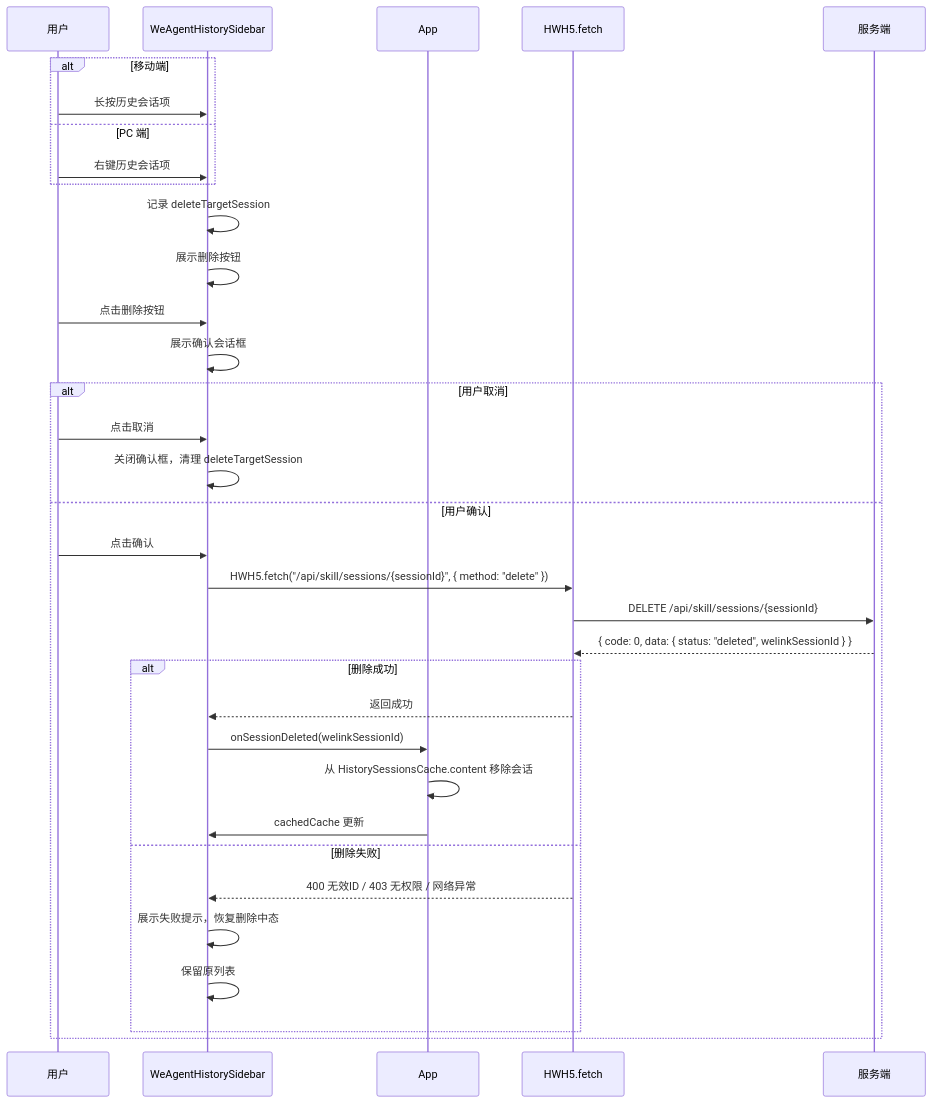
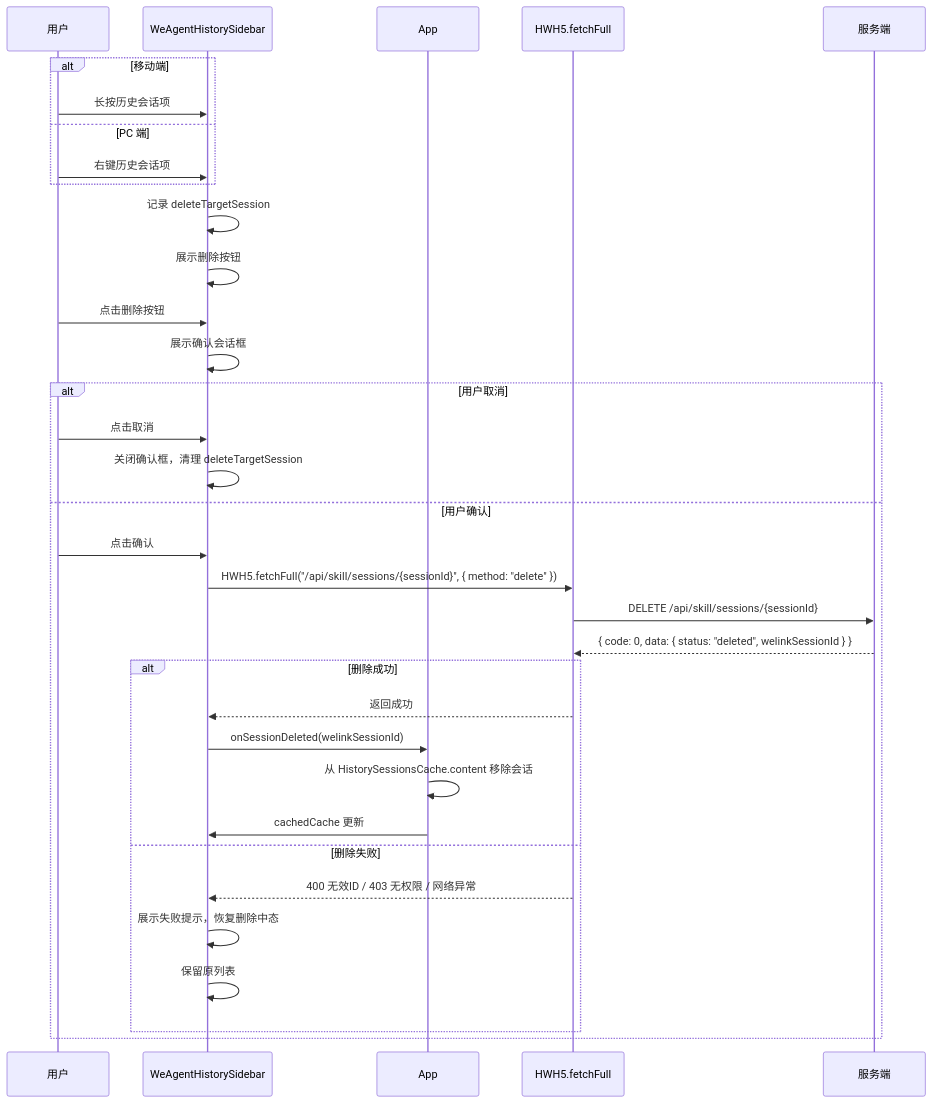
Before and after one commit to Abelsjcheng/skillSDK: the third of 5 diagrams in ai-chat-viewer/docs/plans/2026-06-04-we-agent-history-session-delete-plan.md, drawn with Mermaid. The commit also changed other lines of this file and 7 other files, not shown here.

Commit message:
fix(we-agent): use fetchFull for session delete

````diff
--- a/ai-chat-viewer/docs/plans/2026-06-04-we-agent-history-session-delete-plan.md
+++ b/ai-chat-viewer/docs/plans/2026-06-04-we-agent-history-session-delete-plan.md
@@ -93,38 +93,38 @@
 ```mermaid
 sequenceDiagram
     participant User as 用户
     participant Sidebar as WeAgentHistorySidebar
     participant App as App
-    participant API as HWH5.fetch
+    participant API as HWH5.fetchFull
     participant Server as 服务端
 
     alt 移动端
         User->>Sidebar: 长按历史会话项
     else PC 端
         User->>Sidebar: 右键历史会话项
     end
     Sidebar->>Sidebar: 记录 deleteTargetSession
     Sidebar->>Sidebar: 展示删除按钮
     User->>Sidebar: 点击删除按钮
     Sidebar->>Sidebar: 展示确认会话框
 
     alt 用户取消
         User->>Sidebar: 点击取消
         Sidebar->>Sidebar: 关闭确认框，清理 deleteTargetSession
     else 用户确认
         User->>Sidebar: 点击确认
-        Sidebar->>API: HWH5.fetch("/api/skill/sessions/{sessionId}", { method: "delete" })
+        Sidebar->>API: HWH5.fetchFull("/api/skill/sessions/{sessionId}", { method: "delete" })
         API->>Server: DELETE /api/skill/sessions/{sessionId}
         Server-->>API: { code: 0, data: { status: "deleted", welinkSessionId } }
         alt 删除成功
             API-->>Sidebar: 返回成功
             Sidebar->>App: onSessionDeleted(welinkSessionId)
             App->>App: 从 HistorySessionsCache.content 移除会话
             App->>Sidebar: cachedCache 更新
         else 删除失败
             API-->>Sidebar: 400 无效ID / 403 无权限 / 网络异常
             Sidebar->>Sidebar: 展示失败提示，恢复删除中态
             Sidebar->>Sidebar: 保留原列表
         end
     end
 ```
````
